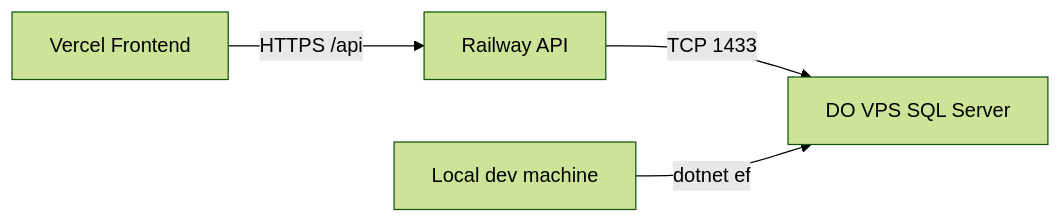
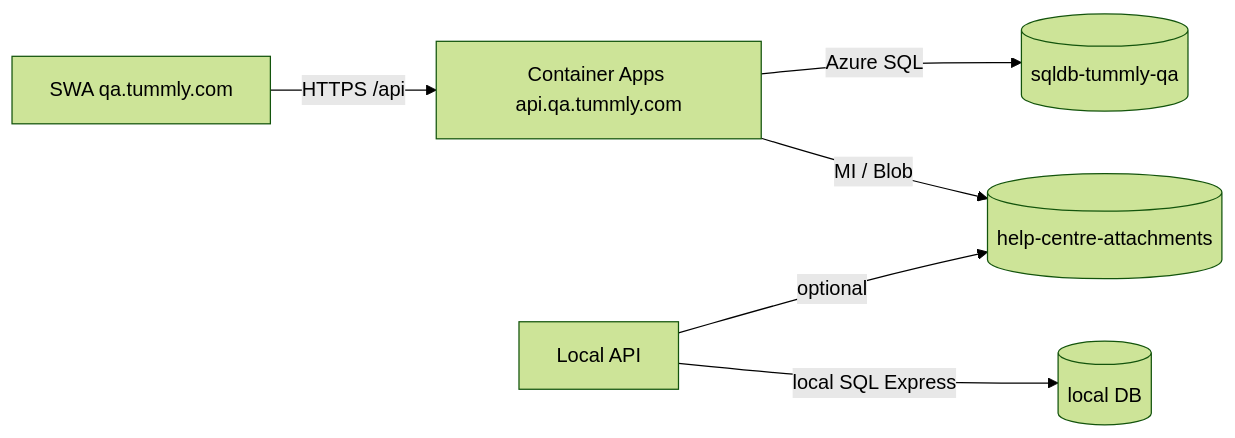
Before and after one commit to Tummly/Tummly: the diagram in backend/DEPLOYMENT.md, drawn with Mermaid (forest theme). The commit also changed other lines of this file and 12 other files, not shown here.

````diff
--- a/backend/DEPLOYMENT.md
+++ b/backend/DEPLOYMENT.md
@@ -19,6 +20,8 @@
 ```mermaid
 flowchart LR
-    FE[Vercel Frontend] -->|HTTPS /api| API[Railway API]
-    API -->|TCP 1433| DB[DO VPS SQL Server]
-    DEV[Local dev machine] -->|dotnet ef| DB
+    FE[SWA qa.tummly.com] -->|HTTPS /api| API[Container Apps api.qa.tummly.com]
+    API -->|Azure SQL| DB[(sqldb-tummly-qa)]
+    API -->|MI / Blob| BLOB[(help-centre-attachments)]
+    DEV[Local API] -->|optional| BLOB
+    DEV -->|local SQL Express| LOCALDB[(local DB)]
 ```
````
